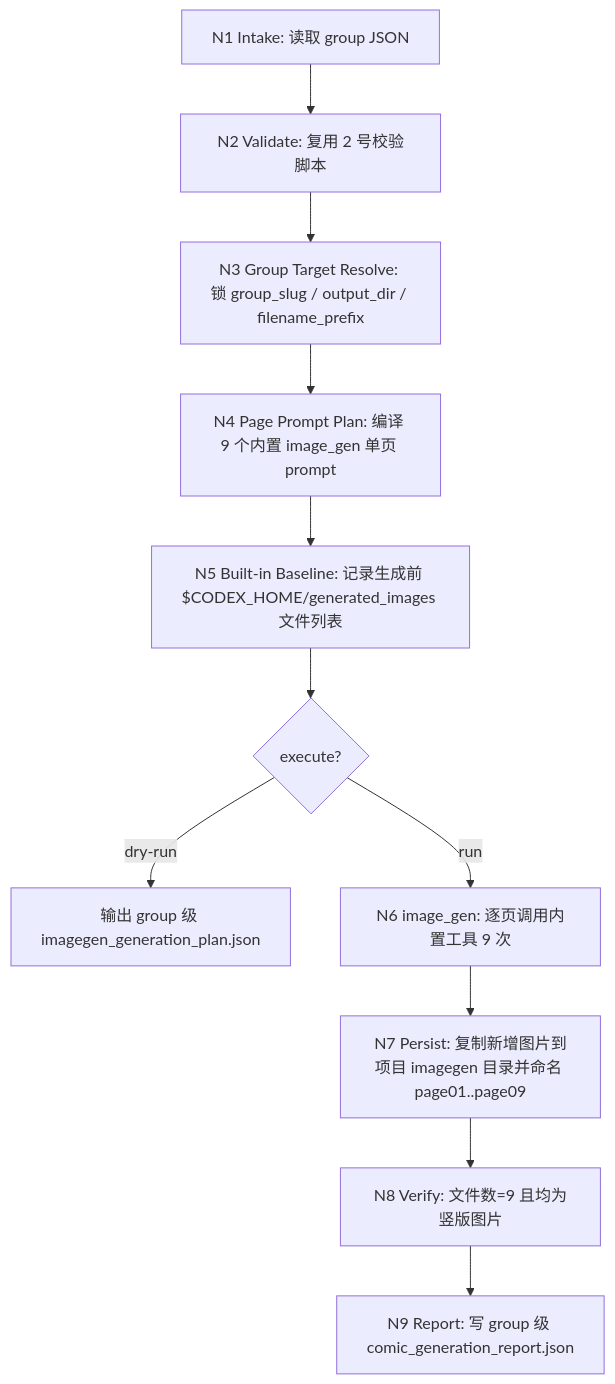
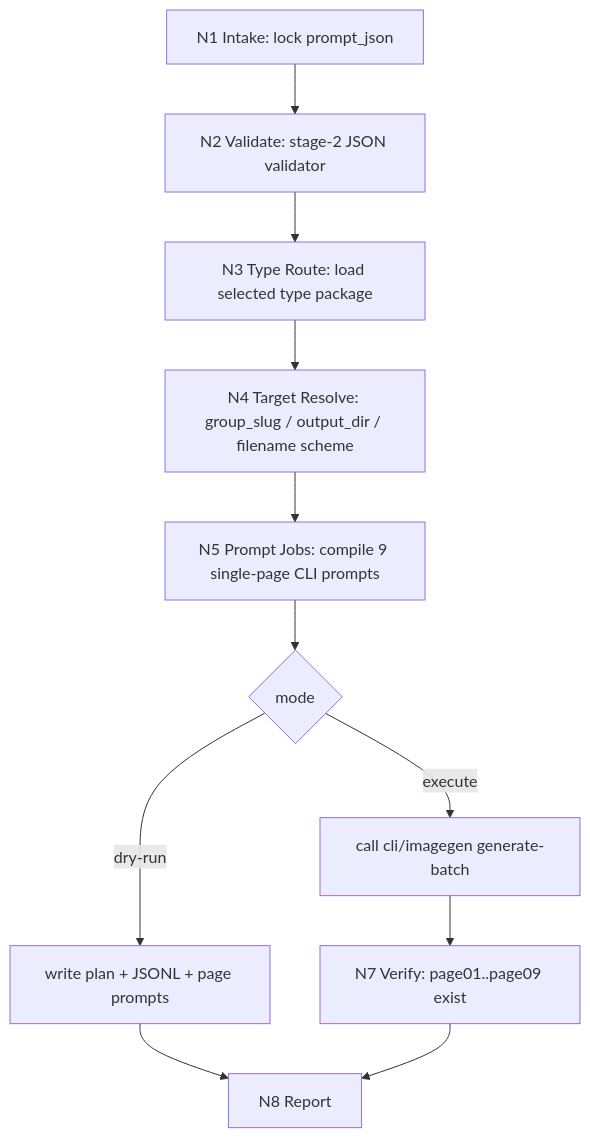
One commit to ZEN-VOID/AI-CUT changed the diagram in .agents/skills/comic/3-漫画生成/SKILL.md. Above: the diagram before and after it, drawn with Mermaid. The commit also changed other lines of this file and 173 other files, not shown here.

````diff
--- a/.agents/skills/comic/3-漫画生成/SKILL.md
+++ b/.agents/skills/comic/3-漫画生成/SKILL.md
@@ -91,13 +68,13 @@
 ```mermaid
 flowchart TD
-    A["N1 Intake: 读取 group JSON"] --> B["N2 Validate: 复用 2 号校验脚本"]
-    B --> C["N3 Group Target Resolve: 锁 group_slug / output_dir / filename_prefix"]
-    C --> D["N4 Page Prompt Plan: 编译 9 个内置 image_gen 单页 prompt"]
-    D --> E["N5 Built-in Baseline: 记录生成前 $CODEX_HOME/generated_images 文件列表"]
-    E --> F{"execute?"}
-    F -->|"dry-run"| G["输出 group 级 imagegen_generation_plan.json"]
-    F -->|"run"| H["N6 image_gen: 逐页调用内置工具 9 次"]
-    H --> I["N7 Persist: 复制新增图片到项目 imagegen 目录并命名 page01..page09"]
-    I --> J["N8 Verify: 文件数=9 且均为竖版图片"]
-    J --> K["N9 Report: 写 group 级 comic_generation_report.json"]
+    A["N1 Intake: lock prompt_json"] --> B["N2 Validate: stage-2 JSON validator"]
+    B --> C["N3 Type Route: load selected type package"]
+    C --> D["N4 Target Resolve: group_slug / output_dir / filename scheme"]
+    D --> E["N5 Prompt Jobs: compile 9 single-page CLI prompts"]
+    E --> F{"mode"}
+    F -->|"dry-run"| G["write plan + JSONL + page prompts"]
+    F -->|"execute"| H["call cli/imagegen generate-batch"]
+    H --> I["N7 Verify: page01..page09 exist"]
+    G --> J["N8 Report"]
+    I --> J
 ```
````
